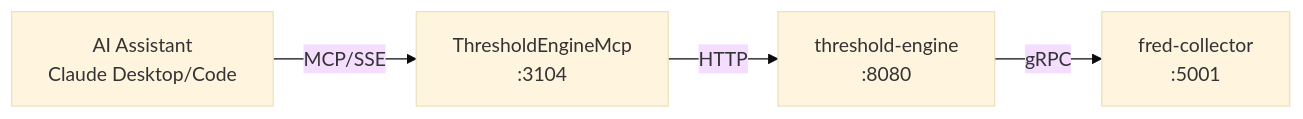
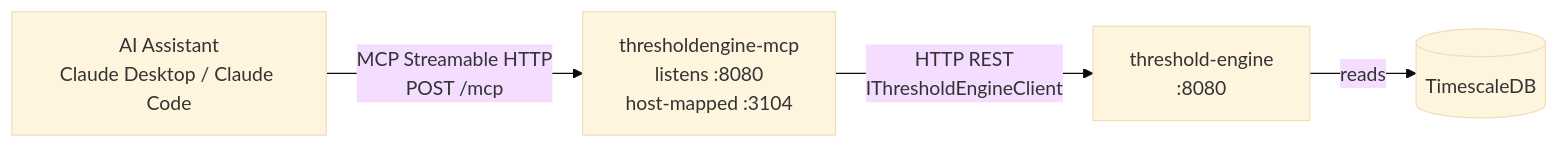
Before and after one commit to jpansarasa/ATLAS-Docs: the diagram in ThresholdEngine/mcp/README.md, drawn with Mermaid (base theme). The commit also changed other lines of this file, not shown here.

````diff
--- a/ThresholdEngine/mcp/README.md
+++ b/ThresholdEngine/mcp/README.md
@@ -11,6 +11,6 @@
 ```mermaid
 flowchart LR
-    AI[AI Assistant<br/>Claude Desktop/Code] -->|MCP/SSE| MCP[ThresholdEngineMcp<br/>:3104]
-    MCP -->|HTTP| TE[threshold-engine<br/>:8080]
-    TE -->|gRPC| FC[fred-collector<br/>:5001]
+    AI[AI Assistant<br/>Claude Desktop / Claude Code] -->|MCP Streamable HTTP<br/>POST /mcp| MCP[thresholdengine-mcp<br/>listens :8080<br/>host-mapped :3104]
+    MCP -->|HTTP REST<br/>IThresholdEngineClient| TE[threshold-engine<br/>:8080]
+    TE -->|reads| DB[(TimescaleDB)]
 ```
````
